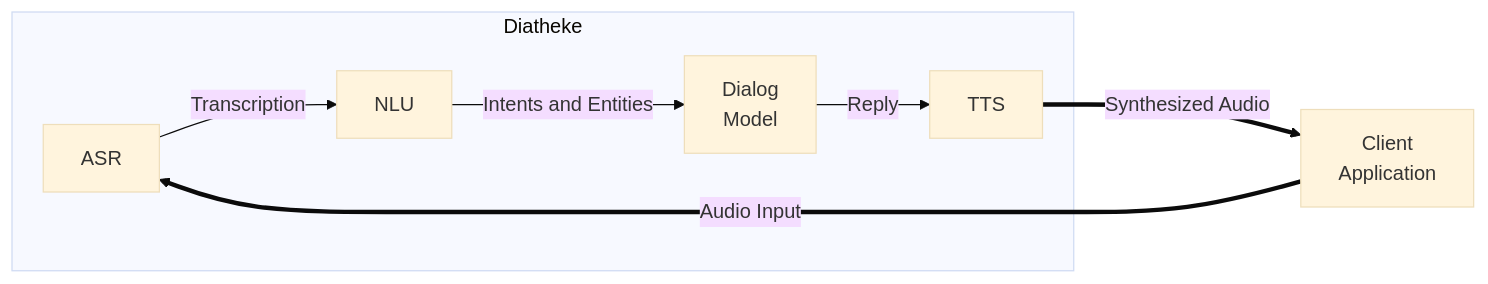
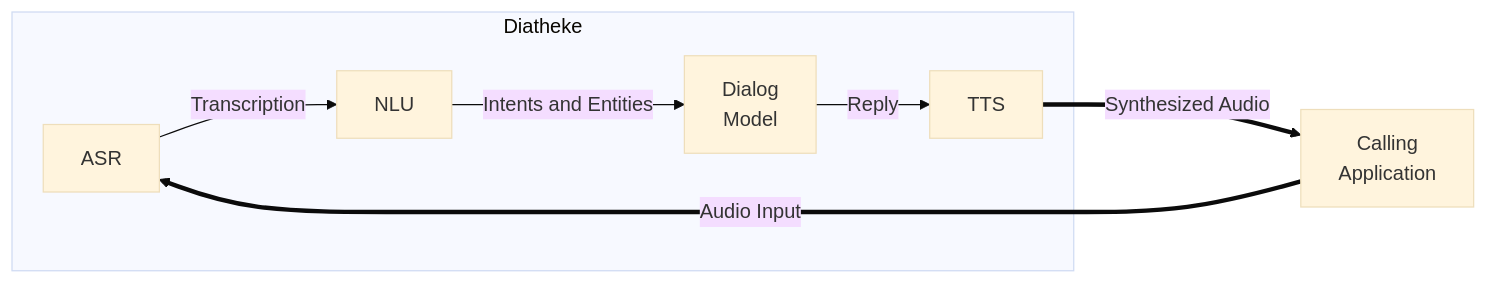
Before and after one commit to cobaltspeech/sdk-diatheke: the first of 2 diagrams in docs-src/content/_index.md, drawn with Mermaid (base theme). The commit also changed other lines of this file and 26 other files, not shown here.

```diff
--- a/docs-src/content/_index.md
+++ b/docs-src/content/_index.md
@@ -24,10 +30,10 @@
 {{<mermaid align="center">}}
 graph LR;
     subgraph Diatheke
         A[ASR] -->|Transcription| B[NLU]
         B -->|Intents and Entities| C[Dialog</br>Model]
         C -->|Reply| D[TTS]
     end
-    E[Client</br>Application] ==>|Audio Input| A
+    E[Calling</br>Application] ==>|Audio Input| A
     D ==>|Synthesized Audio| E
 {{< /mermaid >}}
```
